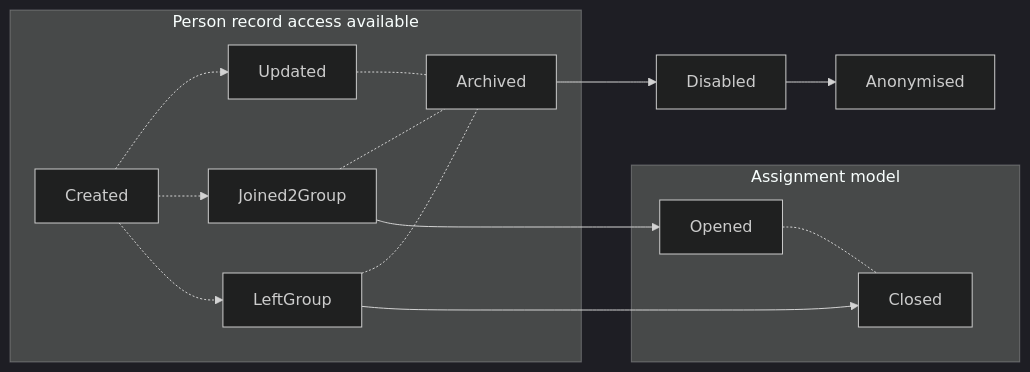
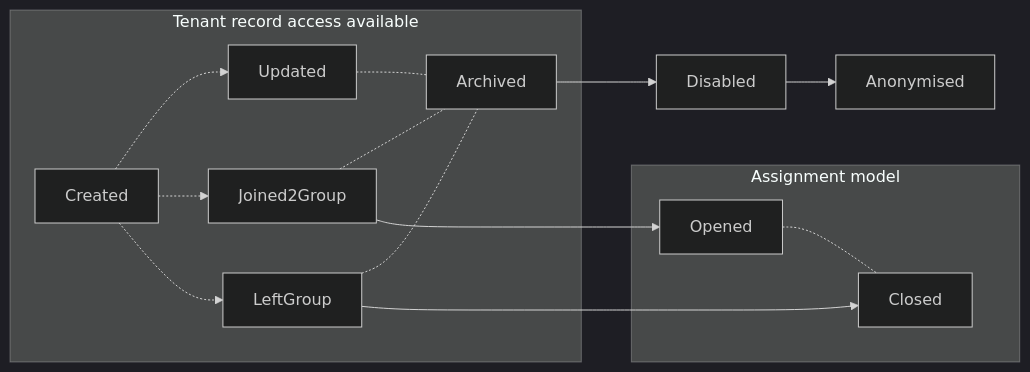
Before and after one commit to coly-technologies/coly-technologies.github.io: the second of 3 diagrams in coly-api.md, drawn with Mermaid (dark theme). The commit also changed other lines of this file, not shown here.

Commit message:
person -> tenant

````diff
--- a/coly-api.md
+++ b/coly-api.md
@@ -98,12 +98,12 @@
 ```mermaid
 graph LR;
   subgraph Assignment model
     Opened -.- Closed
   end
-  subgraph Person record access available
+  subgraph Tenant record access available
     Created -.-> Updated & Joined2Group & LeftGroup -.- Archived
   end
   Archived --> Disabled --> Anonymised
   Joined2Group ---> Opened
   LeftGroup ---> Closed
 ```
````
